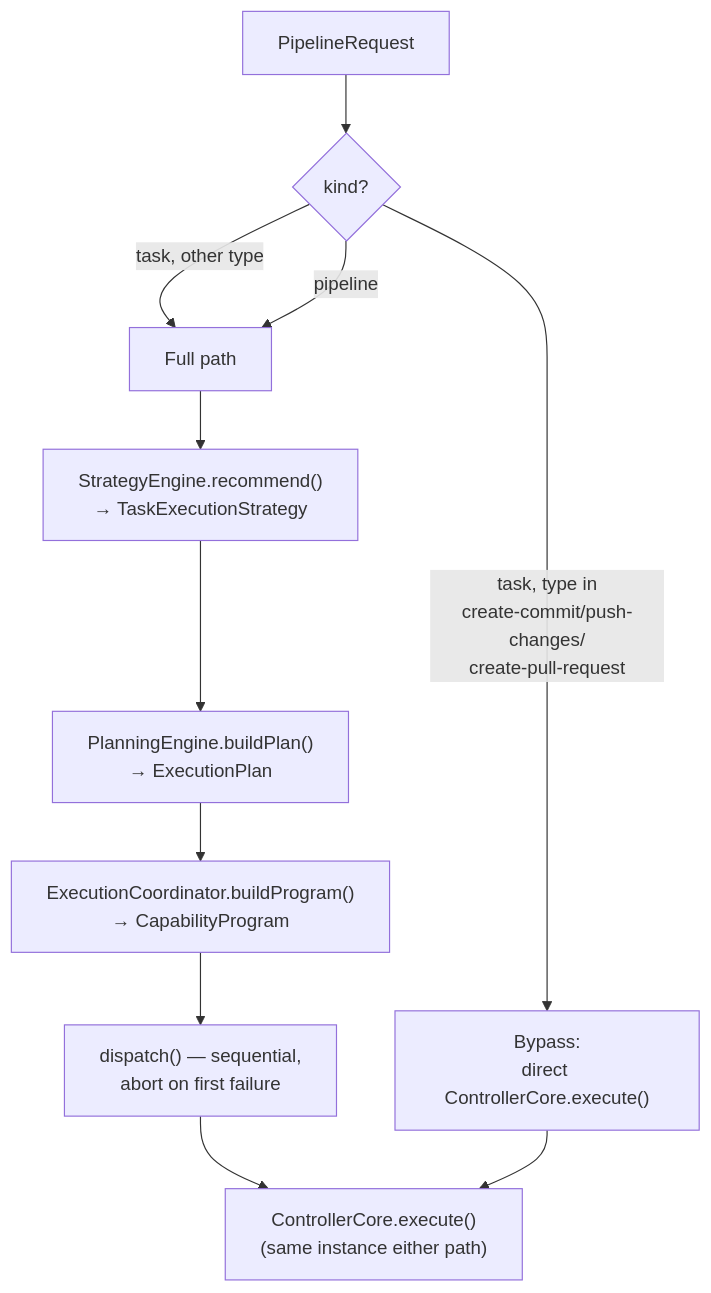
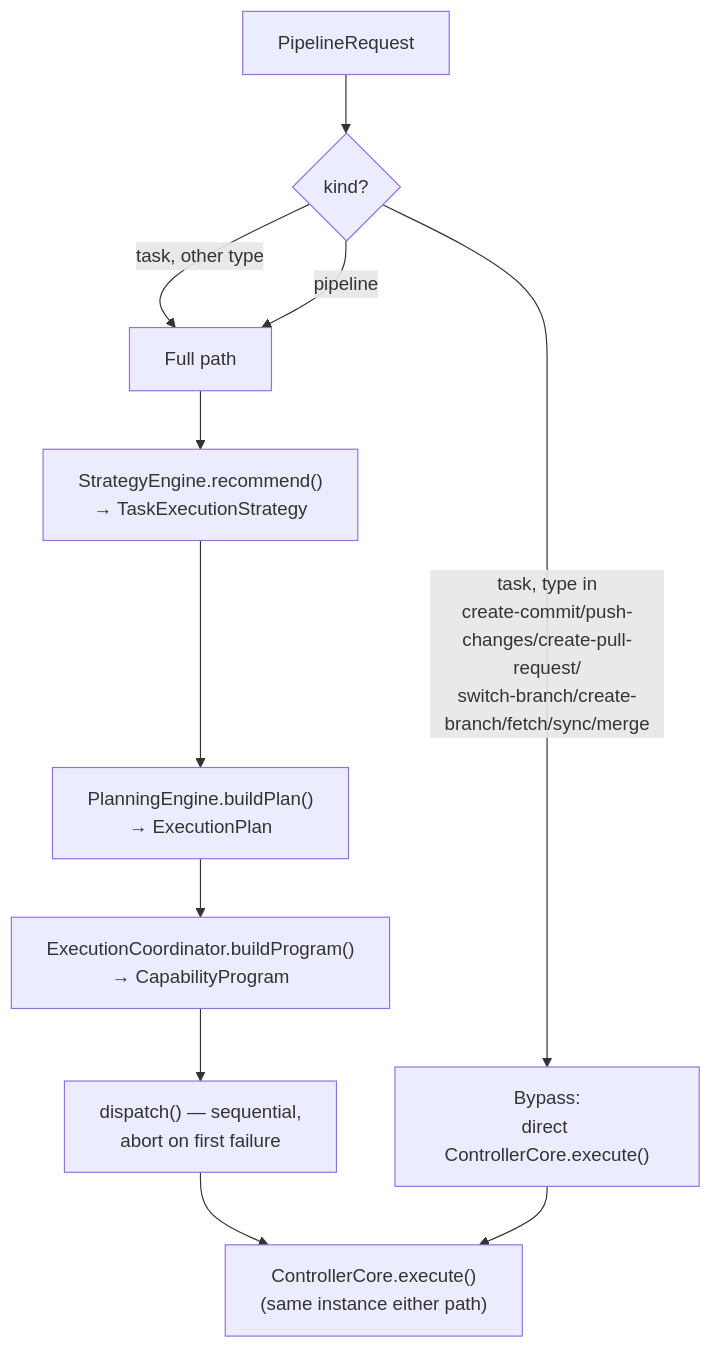
One commit to taijulsir/ai-controller changed the second of 2 diagrams in EXECUTION_PIPELINE.md. Above: the diagram before and after it, drawn with Mermaid. The commit also changed other lines of this file and 81 other files, not shown here.

````diff
--- a/EXECUTION_PIPELINE.md
+++ b/EXECUTION_PIPELINE.md
@@ -134,13 +149,13 @@
 ```mermaid
 flowchart TD
     Start["PipelineRequest"] --> Kind{"kind?"}
-    Kind -->|task, type in\ncreate-commit/push-changes/\ncreate-pull-request| Bypass["Bypass:\ndirect ControllerCore.execute()"]
+    Kind -->|task, type in\ncreate-commit/push-changes/create-pull-request/\nswitch-branch/create-branch/fetch/sync/merge| Bypass["Bypass:\ndirect ControllerCore.execute()"]
     Kind -->|task, other type| Full
     Kind -->|pipeline| Full["Full path"]
     Full --> Strategy["StrategyEngine.recommend()\n→ TaskExecutionStrategy"]
     Strategy --> Planning["PlanningEngine.buildPlan()\n→ ExecutionPlan"]
     Planning --> Coord["ExecutionCoordinator.buildProgram()\n→ CapabilityProgram"]
     Coord --> Dispatch["dispatch() — sequential,\nabort on first failure"]
     Dispatch --> CC["ControllerCore.execute()\n(same instance either path)"]
     Bypass --> CC
 ```
````
